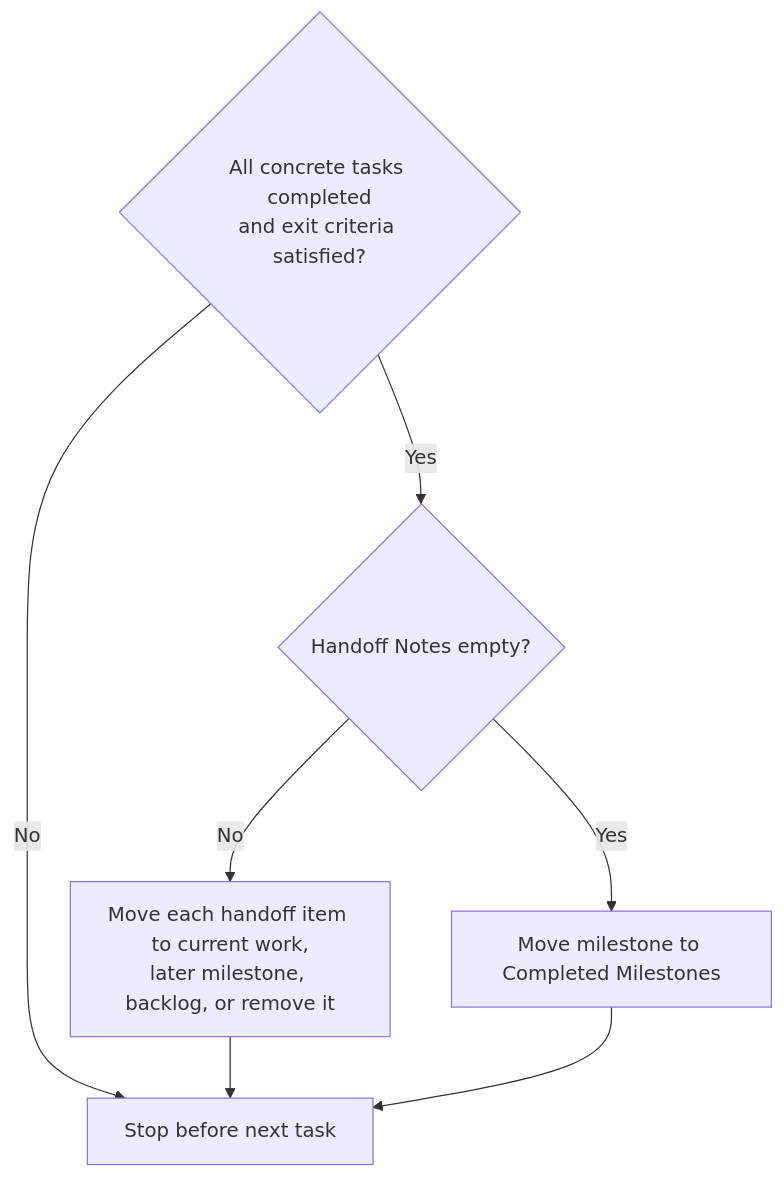
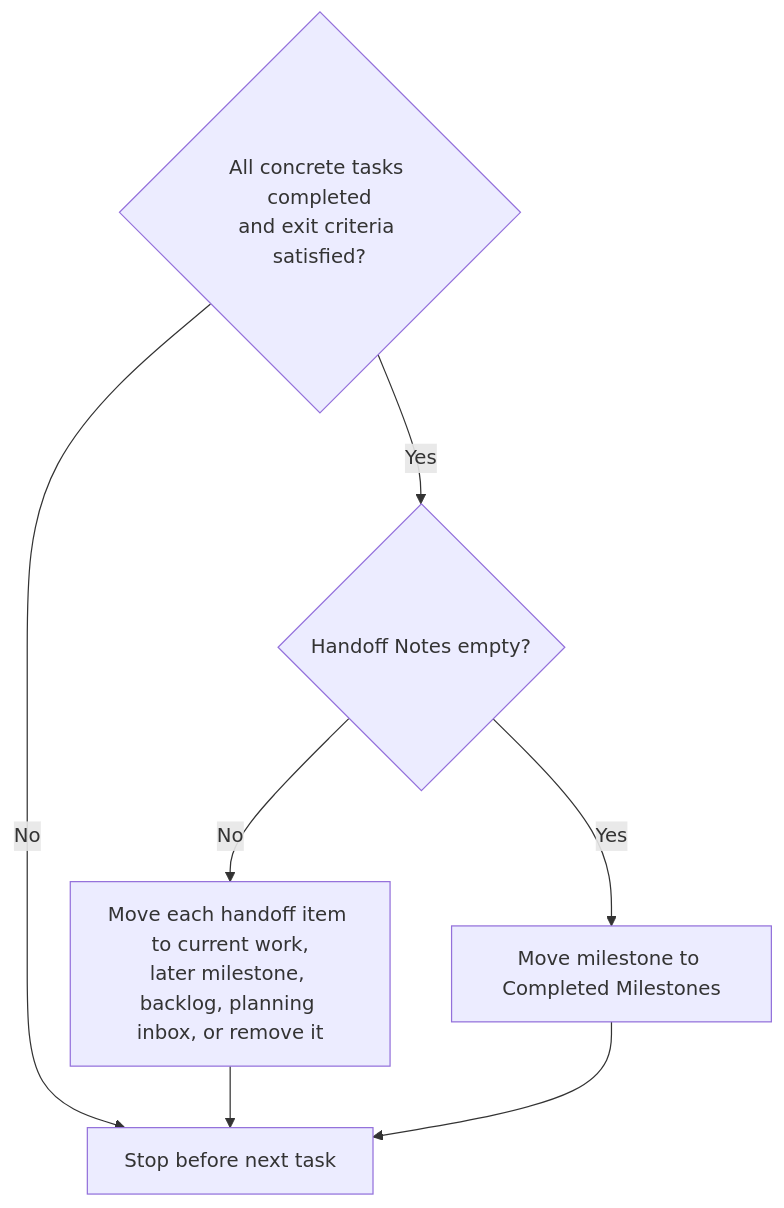
One commit to Adol1111/doc-driven-spec-workflow changed the fifth of 7 diagrams in WORKFLOW-STRUCTURE.md. Above: the diagram before and after it, drawn with Mermaid. The commit also changed other lines of this file and 17 other files, not shown here.

Commit message:
docs(workflow): define inbox and backlog layers

````diff
--- a/WORKFLOW-STRUCTURE.md
+++ b/WORKFLOW-STRUCTURE.md
@@ -178,15 +183,15 @@
 ```mermaid
 flowchart TD
     Done{All concrete tasks completed\nand exit criteria satisfied?}
     Handoff{Handoff Notes empty?}
-    Resolve[Move each handoff item to current work,\nlater milestone, backlog, or remove it]
+    Resolve[Move each handoff item to current work,\nlater milestone, backlog, planning inbox, or remove it]
     Close[Move milestone to Completed Milestones]
     Stop[Stop before next task]
 
     Done -- No --> Stop
     Done -- Yes --> Handoff
     Handoff -- No --> Resolve
     Handoff -- Yes --> Close
     Resolve --> Stop
     Close --> Stop
 ```
````
